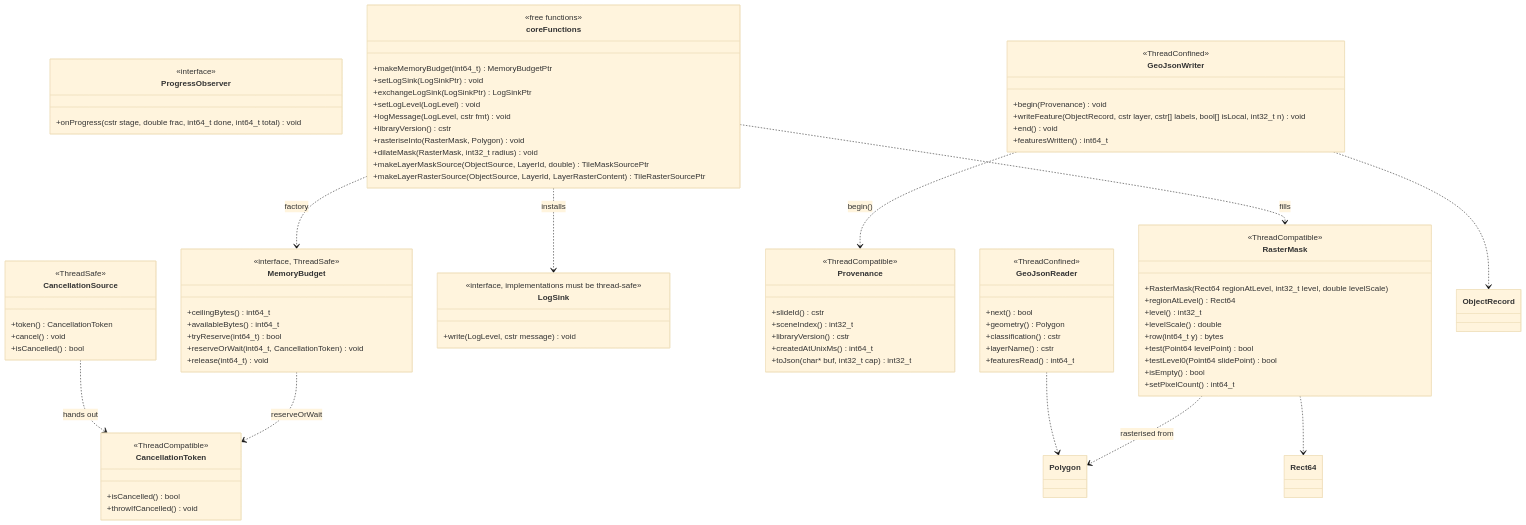
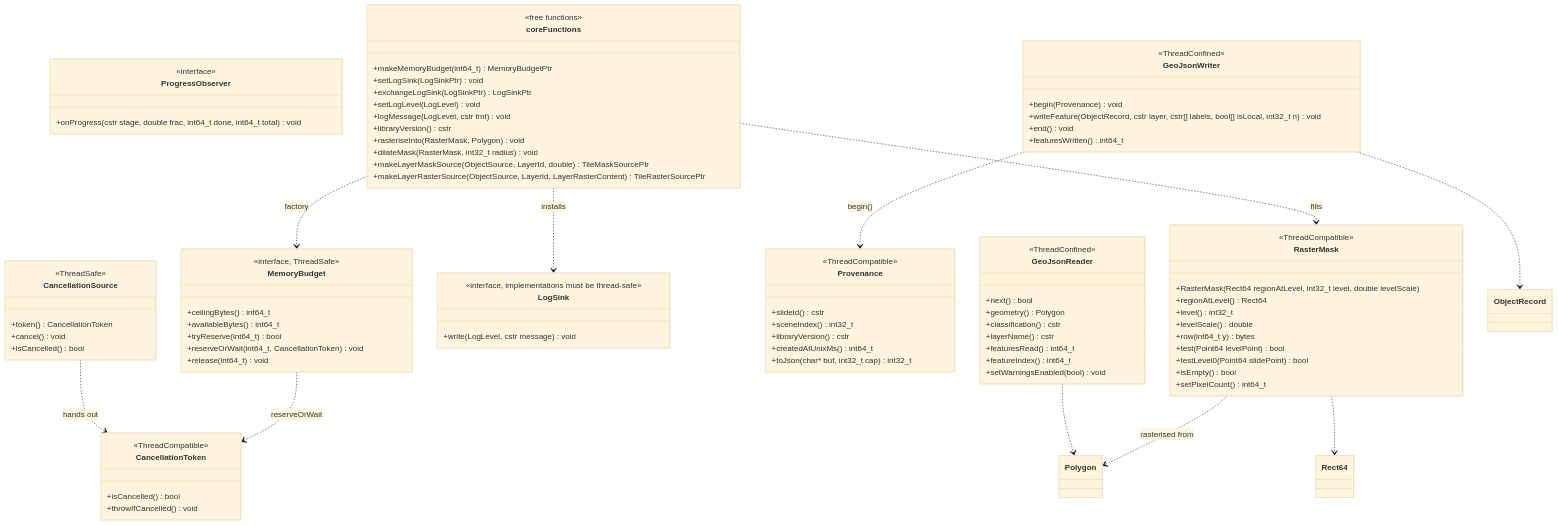
One commit to Booritas/slideio-processor changed the fifth of 14 diagrams in docs/superpowers/specs/sds/08-class-diagrams.md. Above: the diagram before and after it, drawn with Mermaid (base theme). The commit also changed 9 other files, not shown here.

First line of the commit message:
fix(core): GeoJSON import logs each skipped feature once, under the reader's index

```diff
--- a/docs/superpowers/specs/sds/08-class-diagrams.md
+++ b/docs/superpowers/specs/sds/08-class-diagrams.md
@@ -532,6 +532,8 @@
         +classification() cstr
         +layerName() cstr
         +featuresRead() int64_t
+        +featureIndex() int64_t
+        +setWarningsEnabled(bool) void
     }
 
     class GeoJsonWriter {
```
